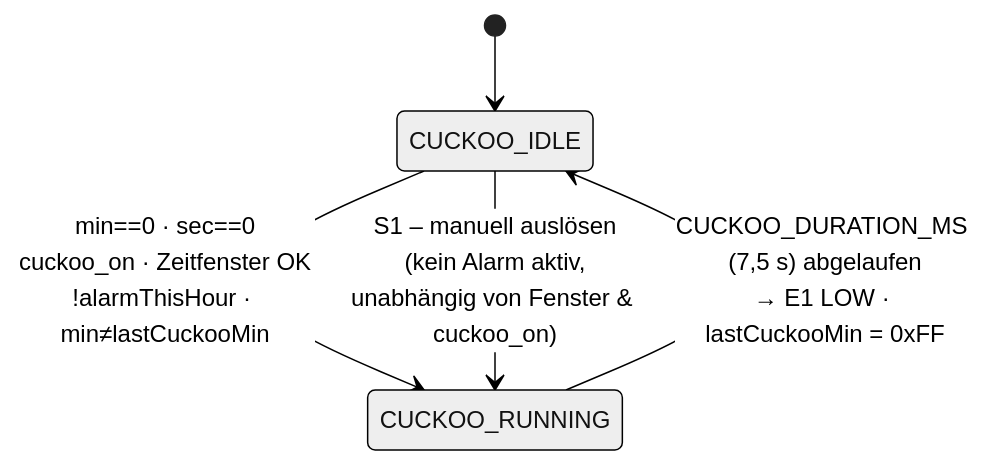
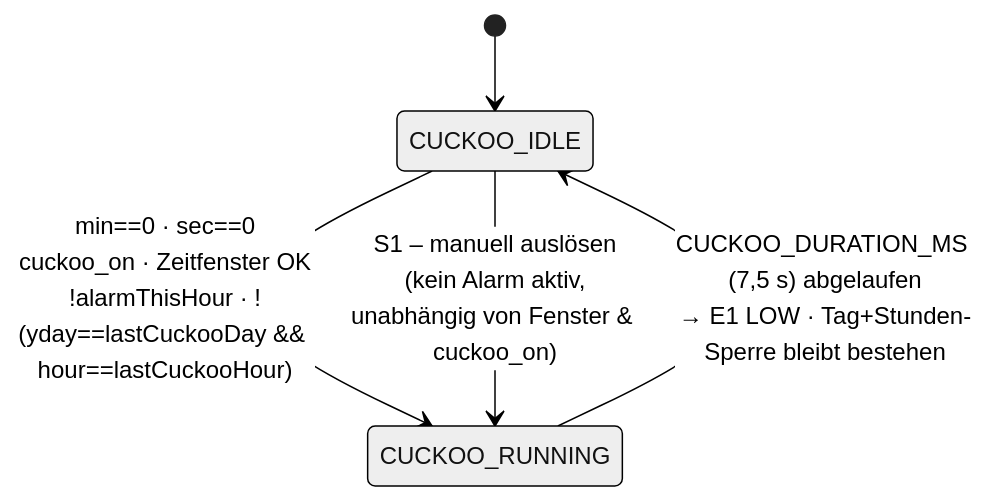
One commit to bernd2704-cpu/bTn_Wecker changed the second of 4 diagrams in Dokumentation/Diagramme/bTn_Wecker_StateMachines.md. Above: the diagram before and after it, drawn with Mermaid (neutral theme). The commit also changed other lines of this file and 1 other file, not shown here.

First line of the commit message:
Doku: State-Machine-Diagramme und Funktionsreferenz auf Firmware 20v21 aktualisiert

````diff
--- a/Dokumentation/Diagramme/bTn_Wecker_StateMachines.md
+++ b/Dokumentation/Diagramme/bTn_Wecker_StateMachines.md
@@ -42,7 +47,7 @@
 ```mermaid
 stateDiagram-v2
     [*] --> CUCKOO_IDLE
-    CUCKOO_IDLE --> CUCKOO_RUNNING : min==0 · sec==0<br/>cuckoo_on · Zeitfenster OK<br/>!alarmThisHour · min≠lastCuckooMin
+    CUCKOO_IDLE --> CUCKOO_RUNNING : min==0 · sec==0<br/>cuckoo_on · Zeitfenster OK<br/>!alarmThisHour · !(yday==lastCuckooDay && hour==lastCuckooHour)
     CUCKOO_IDLE --> CUCKOO_RUNNING : S1 – manuell auslösen<br/>(kein Alarm aktiv,<br/>unabhängig von Fenster & cuckoo_on)
-    CUCKOO_RUNNING --> CUCKOO_IDLE : CUCKOO_DURATION_MS (7,5 s) abgelaufen<br/>→ E1 LOW · lastCuckooMin = 0xFF
+    CUCKOO_RUNNING --> CUCKOO_IDLE : CUCKOO_DURATION_MS (7,5 s) abgelaufen<br/>→ E1 LOW · Tag+Stunden-Sperre bleibt bestehen
 ```
````
